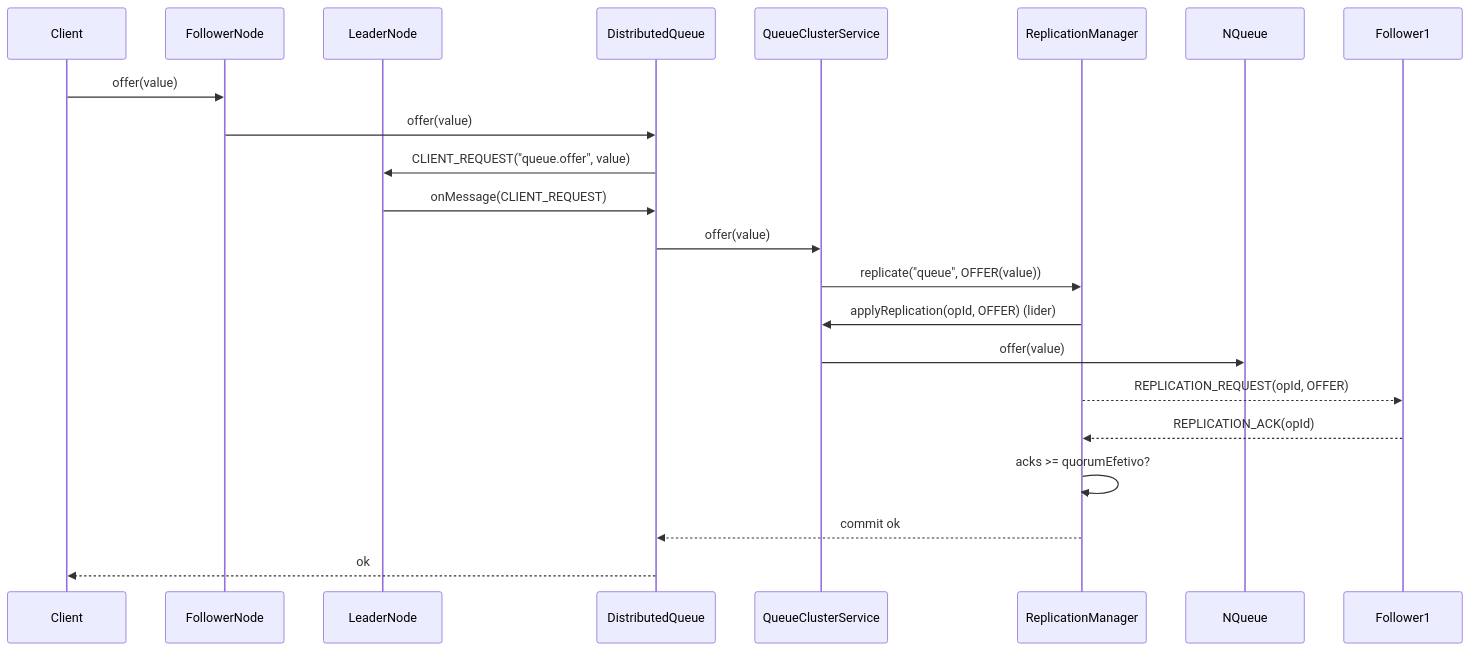
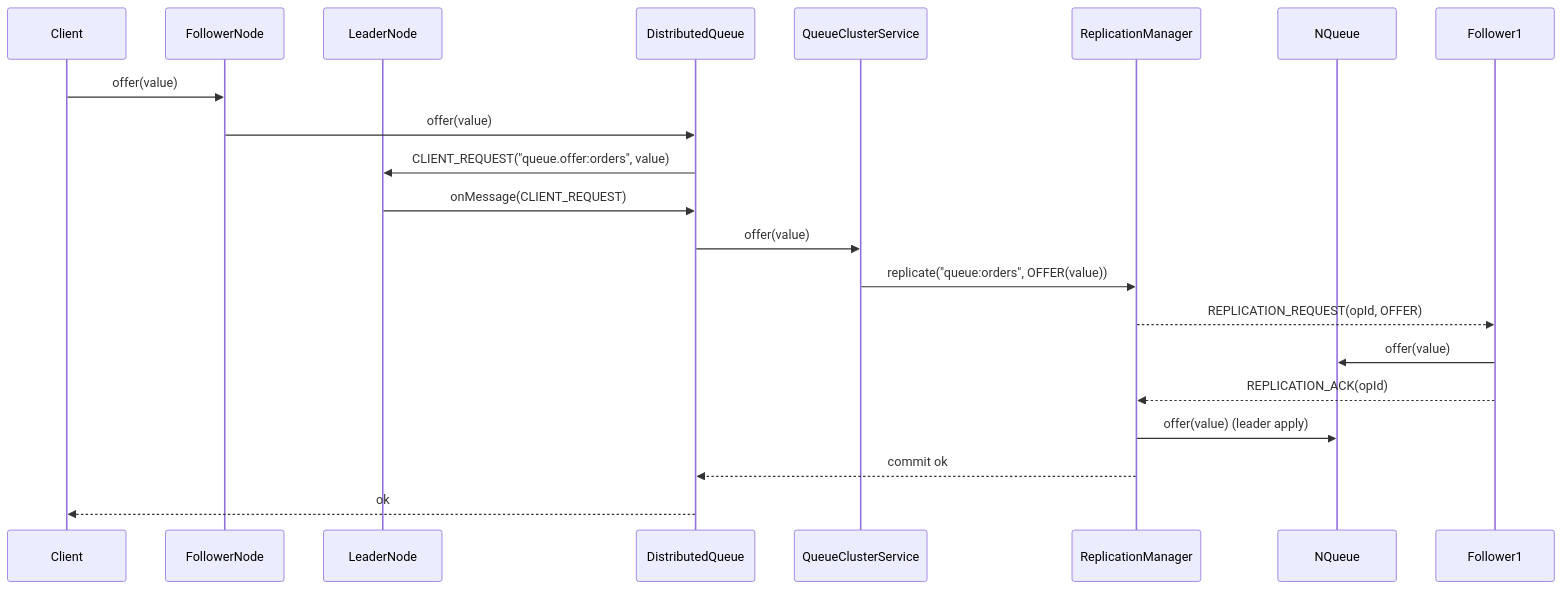
Before and after one commit to nishisan-dev/nishi-utils: the first of 4 diagrams in doc/ngrid/nqueue-integration.md, drawn with Mermaid. The commit also changed other lines of this file and 13 other files, not shown here.

````diff
--- a/doc/ngrid/nqueue-integration.md
+++ b/doc/ngrid/nqueue-integration.md
@@ -65,25 +68,24 @@
 ```mermaid
 sequenceDiagram
 participant Client as Client
 participant F as FollowerNode
 participant L as LeaderNode
 participant DQ as DistributedQueue
 participant QS as QueueClusterService
 participant RM as ReplicationManager
 participant NQ as NQueue
 participant F1 as Follower1
 
 Client->>F: offer(value)
 F->>DQ: offer(value)
-DQ->>L: CLIENT_REQUEST("queue.offer", value)
+DQ->>L: CLIENT_REQUEST("queue.offer:orders", value)
 L->>DQ: onMessage(CLIENT_REQUEST)
 DQ->>QS: offer(value)
-QS->>RM: replicate("queue", OFFER(value))
-RM->>QS: applyReplication(opId, OFFER) (lider)
-QS->>NQ: offer(value)
+QS->>RM: replicate("queue:orders", OFFER(value))
 RM-->>F1: REPLICATION_REQUEST(opId, OFFER)
+F1->>NQ: offer(value)
 F1-->>RM: REPLICATION_ACK(opId)
-RM->>RM: acks >= quorumEfetivo?
+RM->>NQ: offer(value) (leader apply)
 RM-->>DQ: commit ok
 DQ-->>Client: ok
 ```
````
